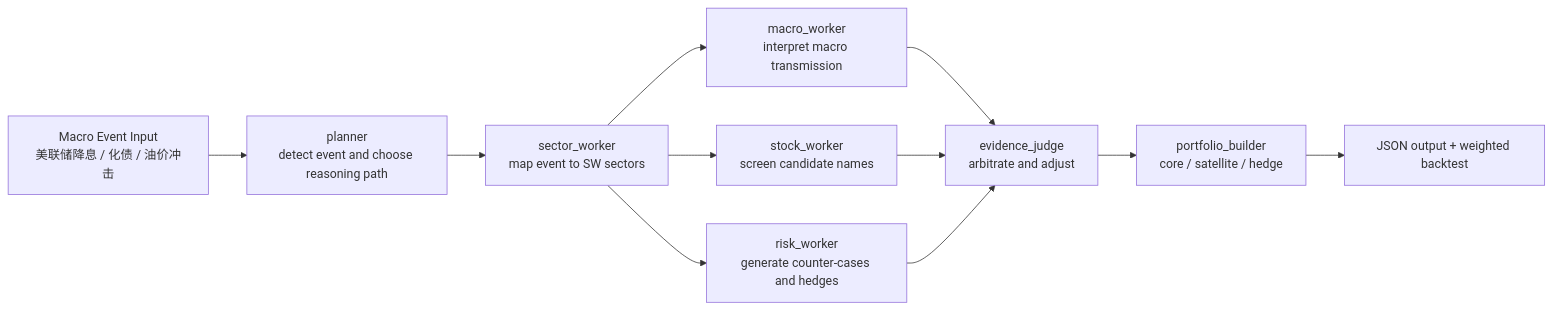
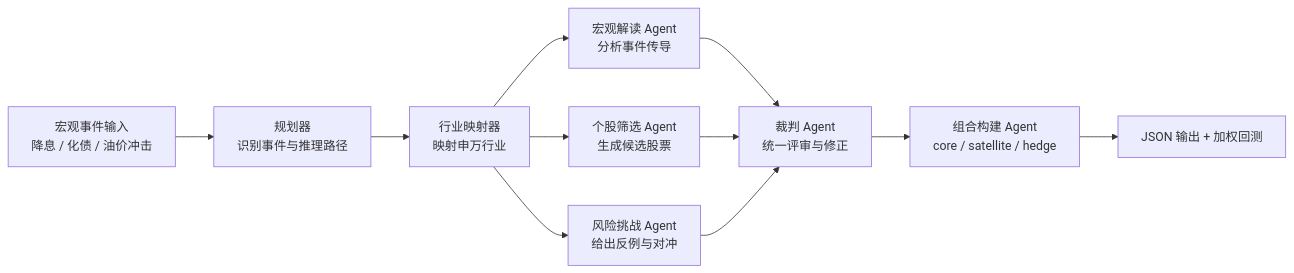
Before and after one commit to xinpipi-ai/macro-hotspot-agent: the diagram in README.md, drawn with Mermaid. The commit also changed other lines of this file and 1 other file, not shown here.

````diff
--- a/README.md
+++ b/README.md
@@ -27,13 +26,13 @@
 ```mermaid
 flowchart LR
-    A["Macro Event Input<br/>美联储降息 / 化债 / 油价冲击"] --> B["planner<br/>detect event and choose reasoning path"]
-    B --> C["sector_worker<br/>map event to SW sectors"]
-    C --> D1["macro_worker<br/>interpret macro transmission"]
-    C --> D2["stock_worker<br/>screen candidate names"]
-    C --> D3["risk_worker<br/>generate counter-cases and hedges"]
-    D1 --> E["evidence_judge<br/>arbitrate and adjust"]
+    A["宏观事件输入<br/>降息 / 化债 / 油价冲击"] --> B["规划器<br/>识别事件与推理路径"]
+    B --> C["行业映射器<br/>映射申万行业"]
+    C --> D1["宏观解读 Agent<br/>分析事件传导"]
+    C --> D2["个股筛选 Agent<br/>生成候选股票"]
+    C --> D3["风险挑战 Agent<br/>给出反例与对冲"]
+    D1 --> E["裁判 Agent<br/>统一评审与修正"]
     D2 --> E
     D3 --> E
-    E --> F["portfolio_builder<br/>core / satellite / hedge"]
-    F --> G["JSON output + weighted backtest"]
+    E --> F["组合构建 Agent<br/>core / satellite / hedge"]
+    F --> G["JSON 输出 + 加权回测"]
 ```
````
